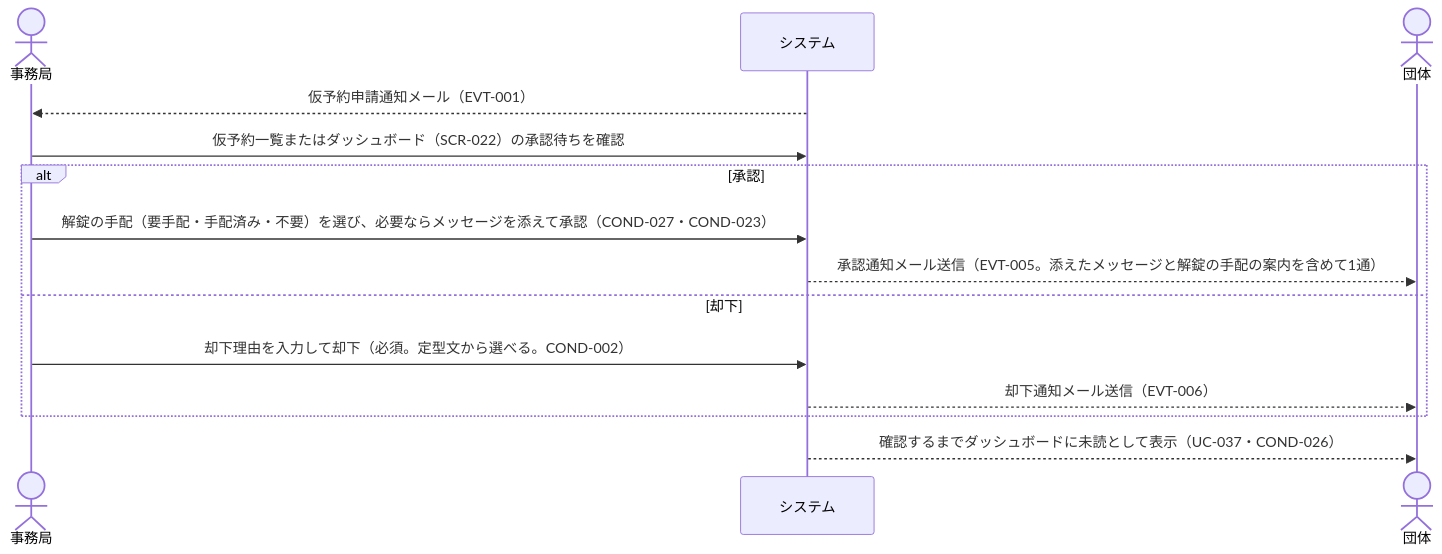
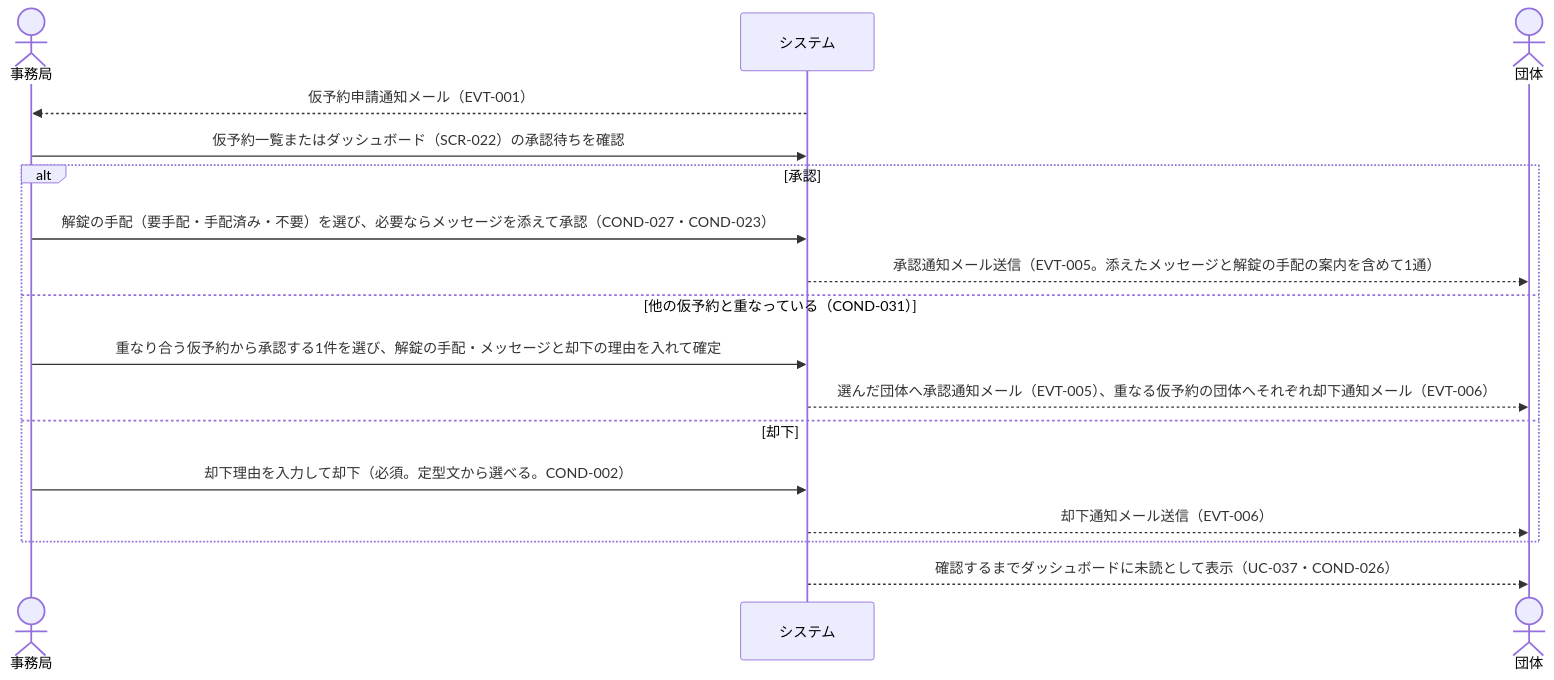
Before and after one commit to gdsc-osaka/iclub-reserve: the second of 6 diagrams in rdra/contexts/reservation-approval.md, drawn with Mermaid. The commit also changed other lines of this file and 4 other files, not shown here.

First line of the commit message:
docs(rdra): 重なった仮予約から承認する 1 件を選び、まとめて解決する要件を足す（COND-031）

````diff
--- a/rdra/contexts/reservation-approval.md
+++ b/rdra/contexts/reservation-approval.md
@@ -310,17 +321,20 @@
 ```mermaid
 sequenceDiagram
     actor 事務局
     participant システム
     actor 団体
 
     システム-->>事務局: 仮予約申請通知メール（EVT-001）
     事務局->>システム: 仮予約一覧またはダッシュボード（SCR-022）の承認待ちを確認
     alt 承認
         事務局->>システム: 解錠の手配（要手配・手配済み・不要）を選び、必要ならメッセージを添えて承認（COND-027・COND-023）
         システム-->>団体: 承認通知メール送信（EVT-005。添えたメッセージと解錠の手配の案内を含めて1通）
+    else 他の仮予約と重なっている（COND-031）
+        事務局->>システム: 重なり合う仮予約から承認する1件を選び、解錠の手配・メッセージと却下の理由を入れて確定
+        システム-->>団体: 選んだ団体へ承認通知メール（EVT-005）、重なる仮予約の団体へそれぞれ却下通知メール（EVT-006）
     else 却下
         事務局->>システム: 却下理由を入力して却下（必須。定型文から選べる。COND-002）
         システム-->>団体: 却下通知メール送信（EVT-006）
     end
     システム-->>団体: 確認するまでダッシュボードに未読として表示（UC-037・COND-026）
 ```
````
